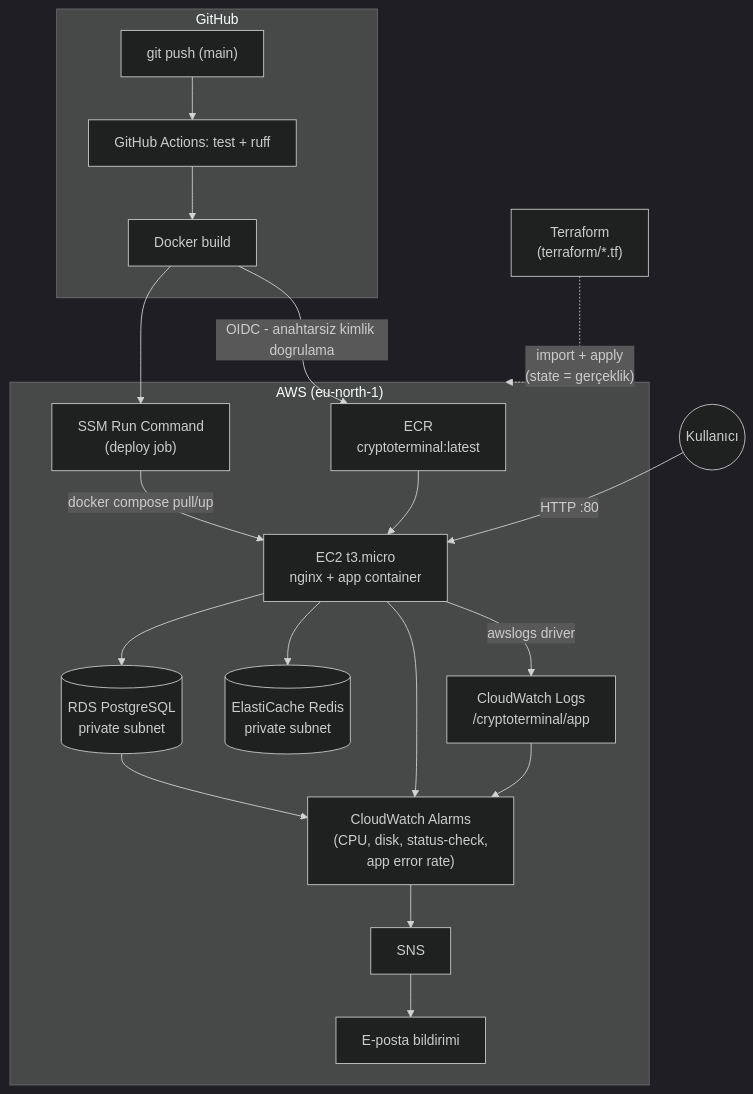
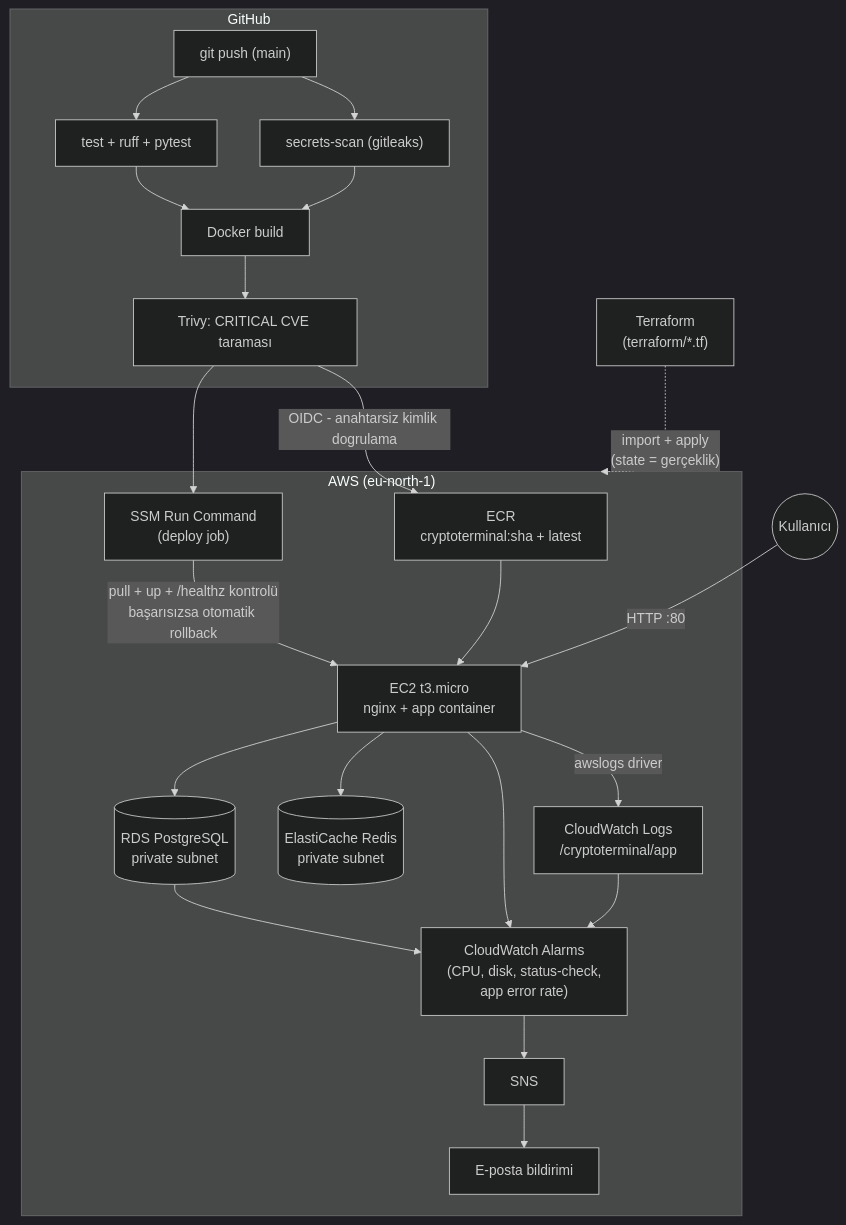
One commit to mehmetcankavak/TerminalProject changed the diagram in README.md. Above: the diagram before and after it, drawn with Mermaid (dark theme). The commit also changed other lines of this file, not shown here.

````diff
--- a/README.md
+++ b/README.md
@@ -28,28 +34,31 @@
 ```mermaid
 flowchart TB
     subgraph GH["GitHub"]
-        Push["git push (main)"] --> CI["GitHub Actions: test + ruff"]
-        CI --> Build["Docker build"]
+        Push["git push (main)"] --> Test["test + ruff + pytest"]
+        Push --> Secrets["secrets-scan (gitleaks)"]
+        Test --> Build["Docker build"]
+        Secrets --> Build
+        Build --> Scan["Trivy: CRITICAL CVE taraması"]
     end
 
     subgraph AWS["AWS (eu-north-1)"]
-        Build -->|"OIDC - anahtarsiz kimlik dogrulama"| ECR["ECR\ncryptoterminal:latest"]
-        Build --> Deploy["SSM Run Command\n(deploy job)"]
+        Scan -->|"OIDC - anahtarsiz kimlik dogrulama"| ECR["ECR\ncryptoterminal:sha + latest"]
+        Scan --> Deploy["SSM Run Command\n(deploy job)"]
 
-        Deploy -->|"docker compose pull/up"| EC2["EC2 t3.micro\nnginx + app container"]
+        Deploy -->|"pull + up + /healthz kontrolü\nbaşarısızsa otomatik rollback"| EC2["EC2 t3.micro\nnginx + app container"]
         ECR --> EC2
 
         EC2 --> RDS[("RDS PostgreSQL\nprivate subnet")]
         EC2 --> Redis[("ElastiCache Redis\nprivate subnet")]
         EC2 -->|awslogs driver| Logs["CloudWatch Logs\n/cryptoterminal/app"]
 
         RDS --> Alarms["CloudWatch Alarms\n(CPU, disk, status-check,\napp error rate)"]
         EC2 --> Alarms
         Logs --> Alarms
         Alarms --> SNS["SNS"] --> Mail["E-posta bildirimi"]
     end
 
     User(("Kullanıcı")) -->|HTTP :80| EC2
 
     TF["Terraform\n(terraform/*.tf)"] -.->|"import + apply\n(state = gerçeklik)"| AWS
 ```
````
